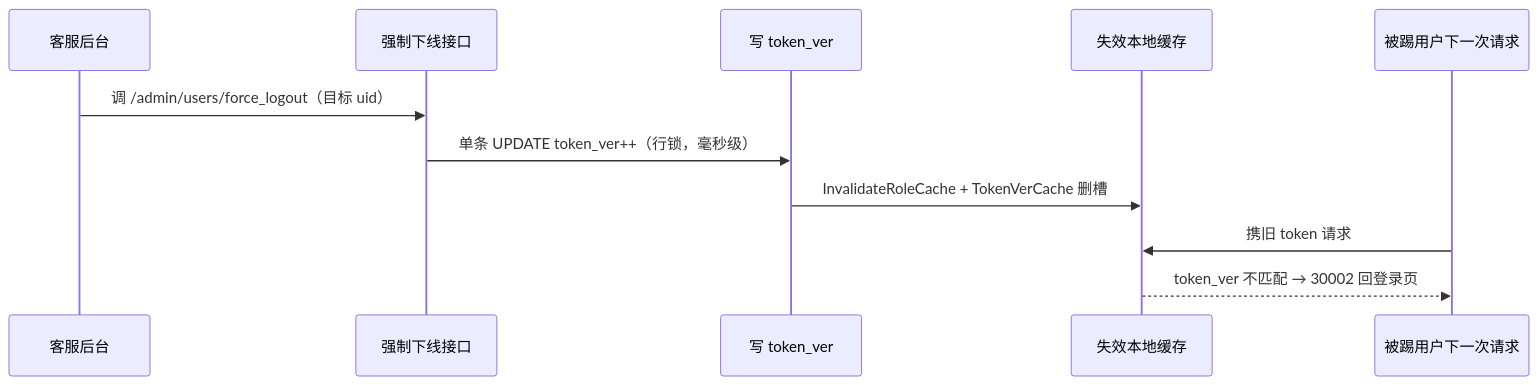
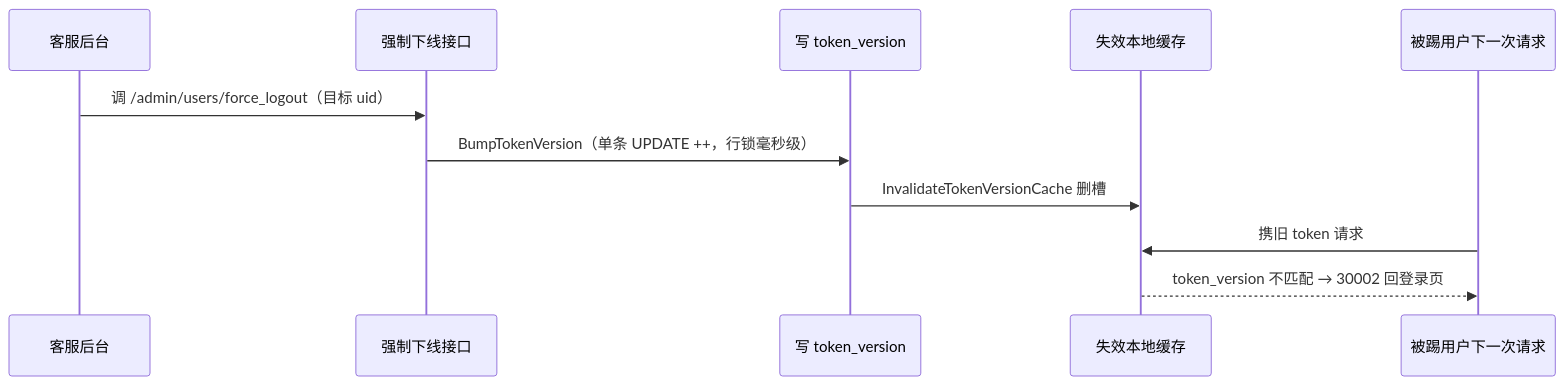
One commit to RedInn7/gomall changed the sixth of 6 diagrams in docs/lecture/01-user-auth.md. Above: the diagram before and after it, drawn with Mermaid. The commit also changed other lines of this file, not shown here.

First line of the commit message:
docs(lecture): 01 第五节 token 撤销从路线图改为已落地，后补 B+C 真代码

````diff
--- a/docs/lecture/01-user-auth.md
+++ b/docs/lecture/01-user-auth.md
@@ -634,14 +684,14 @@
 ```mermaid
 sequenceDiagram
     participant CS as 客服后台
     participant API as 强制下线接口
-    participant DB as 写 token_ver
+    participant DB as 写 token_version
     participant Cache as 失效本地缓存
     participant U as 被踢用户下一次请求
 
     CS->>API: 调 /admin/users/force_logout（目标 uid）
-    API->>DB: 单条 UPDATE token_ver++（行锁，毫秒级）
-    DB->>Cache: InvalidateRoleCache + TokenVerCache 删槽
+    API->>DB: BumpTokenVersion（单条 UPDATE ++，行锁毫秒级）
+    DB->>Cache: InvalidateTokenVersionCache 删槽
     U->>Cache: 携旧 token 请求
-    Cache-->>U: token_ver 不匹配 → 30002 回登录页
+    Cache-->>U: token_version 不匹配 → 30002 回登录页
 ```
````
